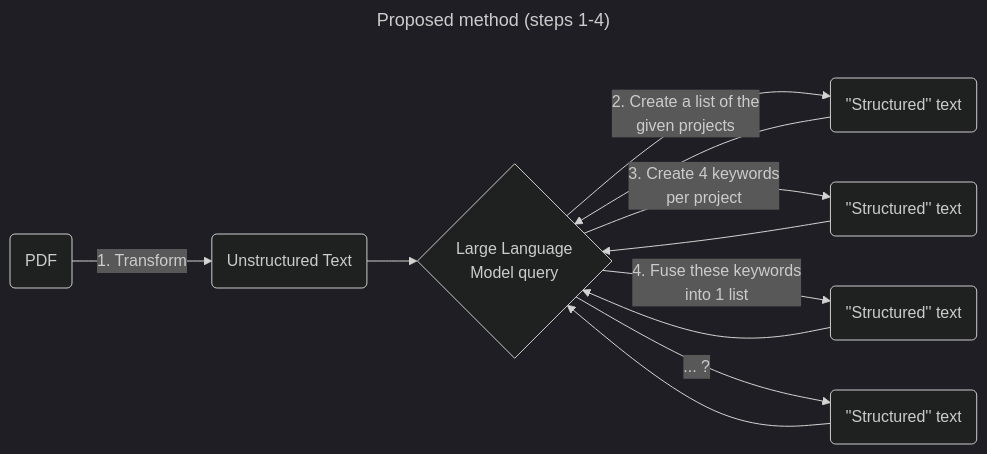
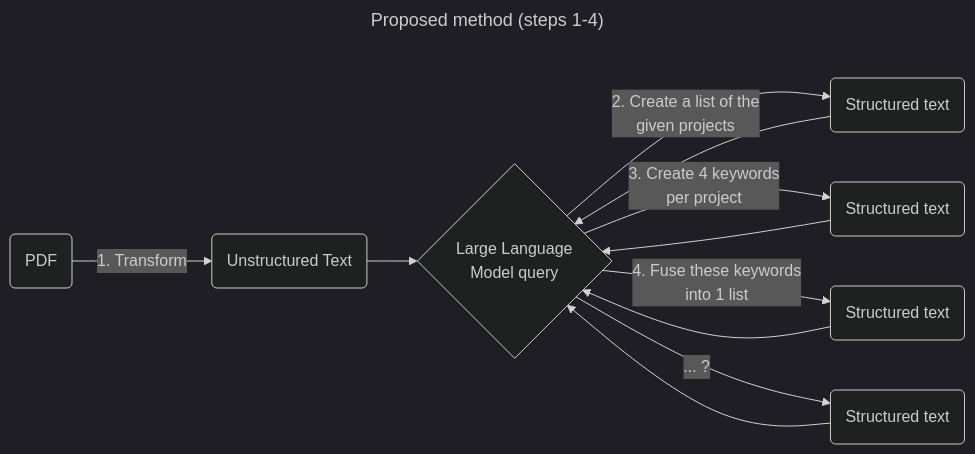
The diagram in data-integration/README.md (VCityTeam/PEPR-VDBI), drawn with Mermaid (dark theme) before and after one commit. The commit also changed other lines of this file and 11 other files, not shown here.

````diff
--- a/data-integration/README.md
+++ b/data-integration/README.md
@@ -35,16 +36,16 @@
 ```mermaid
 ---
 title: Proposed method (steps 1-4)
 ---
 flowchart LR
     A(PDF) -->|1. Transform| B(Unstructured Text)
     B --> C{Large Language\n Model query}
-    C -->|2. Create a list of the\n given projects| X(''Structured'' text)
-    C -->|3. Create 4 keywords\n per project| Y(''Structured'' text)
-    C -->|4. Fuse these keywords\n into 1 list| Z(''Structured'' text)
-    C -->|... ?| AA(''Structured'' text)
+    C -->|2. Create a list of the\n given projects| X(Structured text)
+    C -->|3. Create 4 keywords\n per project| Y(Structured text)
+    C -->|4. Fuse these keywords\n into 1 list| Z(Structured text)
+    C -->|... ?| AA(Structured text)
     X --> C
     Y --> C
     Z --> C
     AA --> C
 ```
````
